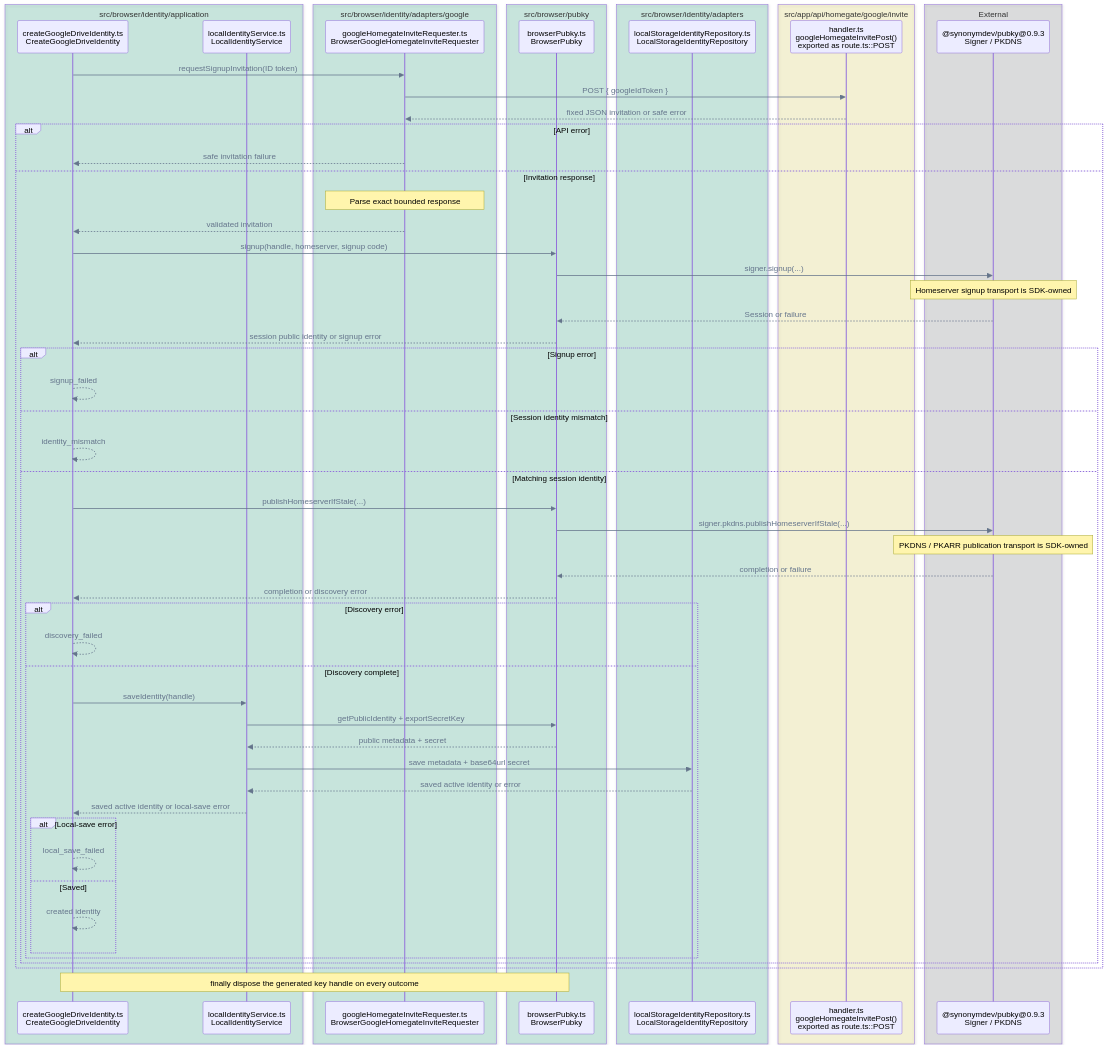
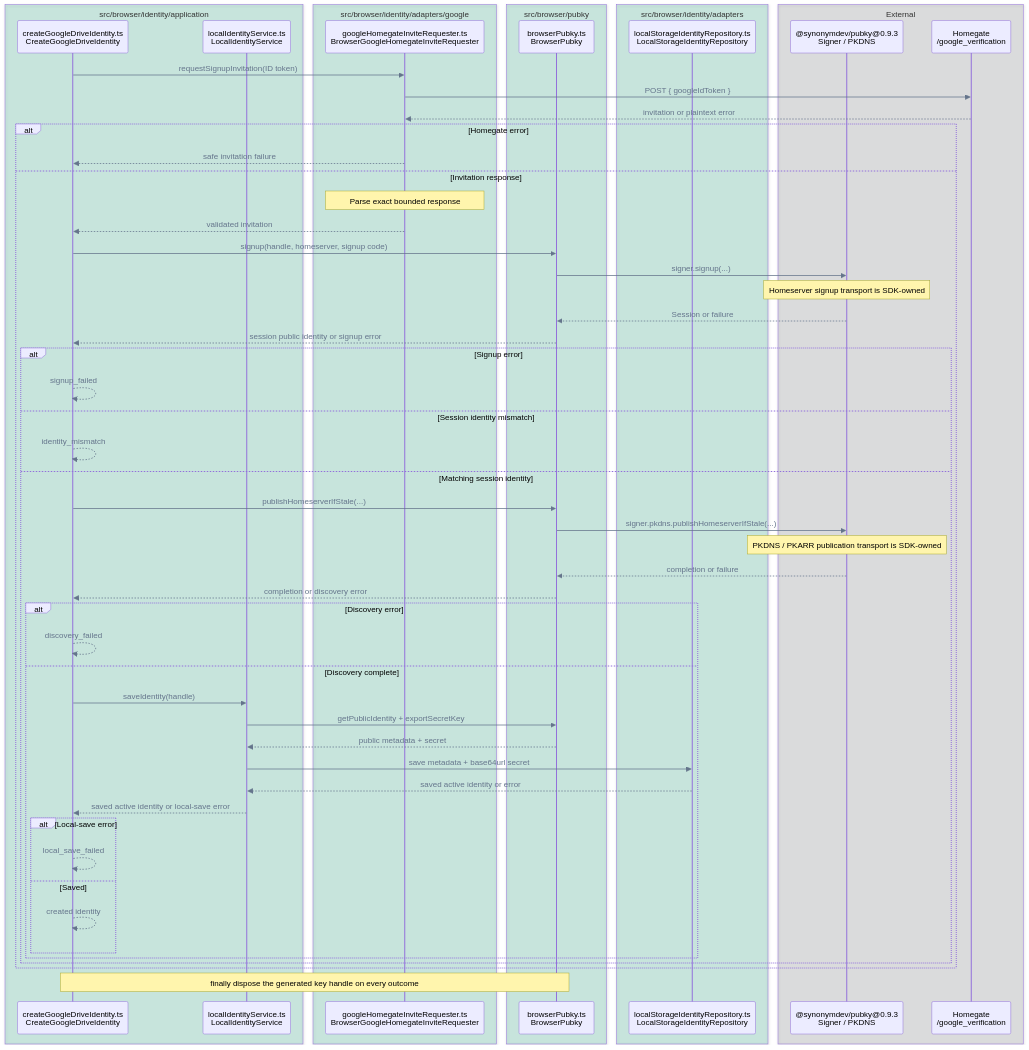
Diagram 11 of 14 in FLOWS.md (pubky/pubky-passport), drawn with Mermaid before and after one commit. The commit also changed other lines of this file and 40 other files, not shown here.

Commit message:
refactor: move homegate-invite from server into browser code

````diff
--- a/FLOWS.md
+++ b/FLOWS.md
@@ -547,67 +546,65 @@
 ```mermaid
 %%{init: {"themeVariables": {"signalColor": "#64748B", "signalTextColor": "#64748B"}}}%%
 sequenceDiagram
     accTitle: Missing identity activation and local save call flow
     accDescr: CreateGoogleDriveIdentity requests and parses a Homegate invitation, then signs up, verifies, publishes discovery, and saves in order; each failure stops later stages and the generated key handle is always disposed.
     box rgba(0, 158, 115, 0.18) src/browser/identity/application
         participant Creator as createGoogleDriveIdentity.ts<br/>CreateGoogleDriveIdentity
         participant Local as localIdentityService.ts<br/>LocalIdentityService
     end
     box rgba(0, 158, 115, 0.18) src/browser/identity/adapters/google
         participant Invite as googleHomegateInviteRequester.ts<br/>BrowserGoogleHomegateInviteRequester
     end
     box rgba(0, 158, 115, 0.18) src/browser/pubky
         participant Pubky as browserPubky.ts<br/>BrowserPubky
     end
     box rgba(0, 158, 115, 0.18) src/browser/identity/adapters
         participant Repo as localStorageIdentityRepository.ts<br/>LocalStorageIdentityRepository
     end
-    box rgba(240, 228, 66, 0.18) src/app/api/homegate/google/invite
-        participant API as handler.ts<br/>googleHomegateInvitePost()<br/>exported as route.ts::POST
-    end
     box rgba(17, 24, 39, 0.12) External
         participant SDK as @synonymdev/pubky@0.9.3<br/>Signer / PKDNS
+        participant Homegate as Homegate<br/>/google_verification
     end
 
     Creator->>Invite: requestSignupInvitation(ID token)
-    Invite->>API: POST { googleIdToken }
-    API-->>Invite: fixed JSON invitation or safe error
-    alt API error
+    Invite->>Homegate: POST { googleIdToken }
+    Homegate-->>Invite: invitation or plaintext error
+    alt Homegate error
         Invite-->>Creator: safe invitation failure
     else Invitation response
         Note over Invite: Parse exact bounded response
         Invite-->>Creator: validated invitation
         Creator->>Pubky: signup(handle, homeserver, signup code)
         Pubky->>SDK: signer.signup(...)
         Note over SDK: Homeserver signup transport is SDK-owned
         SDK-->>Pubky: Session or failure
         Pubky-->>Creator: session public identity or signup error
         alt Signup error
             Creator-->>Creator: signup_failed
         else Session identity mismatch
             Creator-->>Creator: identity_mismatch
         else Matching session identity
             Creator->>Pubky: publishHomeserverIfStale(...)
             Pubky->>SDK: signer.pkdns.publishHomeserverIfStale(...)
             Note over SDK: PKDNS / PKARR publication transport is SDK-owned
             SDK-->>Pubky: completion or failure
             Pubky-->>Creator: completion or discovery error
             alt Discovery error
                 Creator-->>Creator: discovery_failed
             else Discovery complete
                 Creator->>Local: saveIdentity(handle)
                 Local->>Pubky: getPublicIdentity + exportSecretKey
                 Pubky-->>Local: public metadata + secret
                 Local->>Repo: save metadata + base64url secret
                 Repo-->>Local: saved active identity or error
                 Local-->>Creator: saved active identity or local-save error
                 alt Local-save error
                     Creator-->>Creator: local_save_failed
                 else Saved
                     Creator-->>Creator: created identity
                 end
             end
         end
     end
     Note over Creator,Pubky: finally dispose the generated key handle on every outcome
 ```
````
